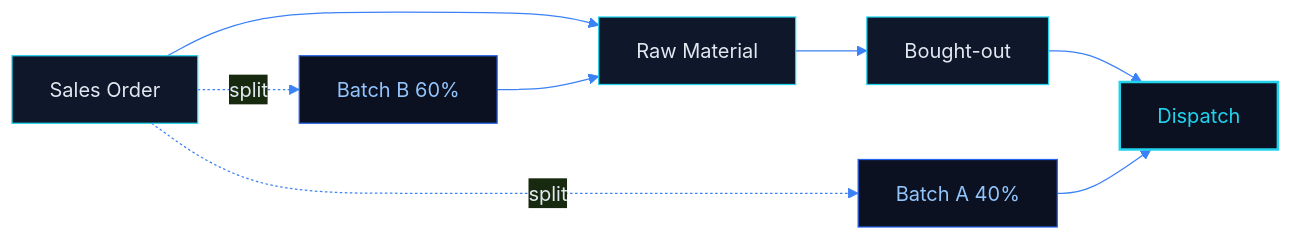
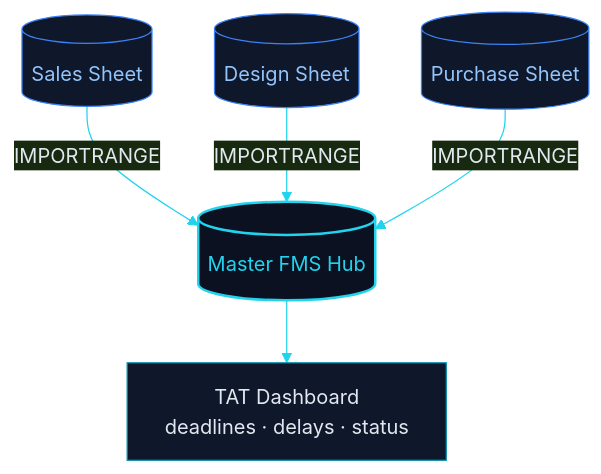
The third of 4 diagrams in README.md (abhishek8762a/abhishek8762a), drawn with Mermaid before and after one commit. The commit also changed other lines of this file, not shown here.

````diff
--- a/README.md
+++ b/README.md
@@ -618,14 +375,11 @@
 ```mermaid
-%%{init: {'theme':'base','themeVariables':{'primaryColor':'#0F172A','primaryTextColor':'#E2E8F0','lineColor':'#3B82F6','fontFamily':'Fira Code'}}}%%
-flowchart LR
-    SO[Sales Order]:::p --> RM[Raw Material]:::p
-    RM --> BO[Bought-out]:::p
-    BO --> DP[Dispatch]:::done
-    SO -.->|split| B1[Batch A 40%]:::b
-    SO -.->|split| B2[Batch B 60%]:::b
-    B1 --> DP
-    B2 --> RM
-    classDef p fill:#0F172A,stroke:#22D3EE,color:#E2E8F0;
-    classDef b fill:#0B1120,stroke:#2563EB,color:#93C5FD;
-    classDef done fill:#0B1120,stroke:#22D3EE,color:#22D3EE,stroke-width:2px;
+%%{init: {'theme':'base','themeVariables':{'primaryColor':'#0F172A','primaryTextColor':'#E2E8F0','lineColor':'#22D3EE','fontFamily':'Fira Code'}}}%%
+flowchart TB
+    SALES[(Sales Sheet)]:::d -->|IMPORTRANGE| HUB[(Master FMS Hub)]:::hub
+    DESIGN[(Design Sheet)]:::d -->|IMPORTRANGE| HUB
+    PURCHASE[(Purchase Sheet)]:::d -->|IMPORTRANGE| HUB
+    HUB --> DASH[TAT Dashboard<br/>deadlines · delays · status]:::dash
+    classDef d fill:#0F172A,stroke:#3B82F6,color:#93C5FD;
+    classDef hub fill:#0B1120,stroke:#22D3EE,color:#22D3EE,stroke-width:2px;
+    classDef dash fill:#0F172A,stroke:#0891B2,color:#E2E8F0;
 ```
````
